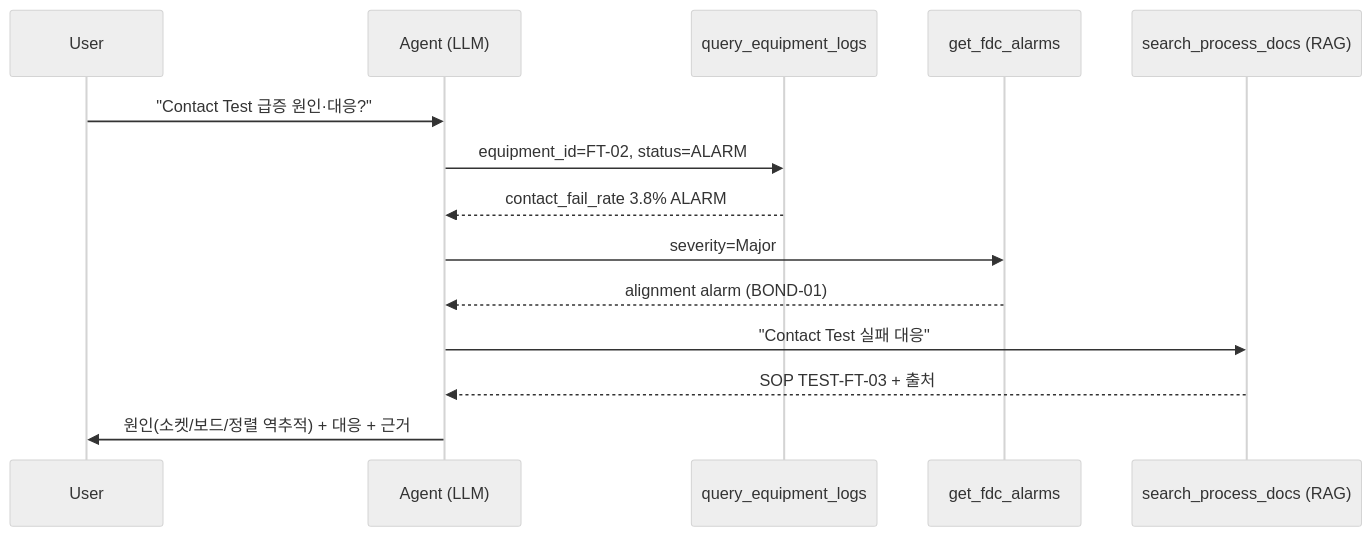
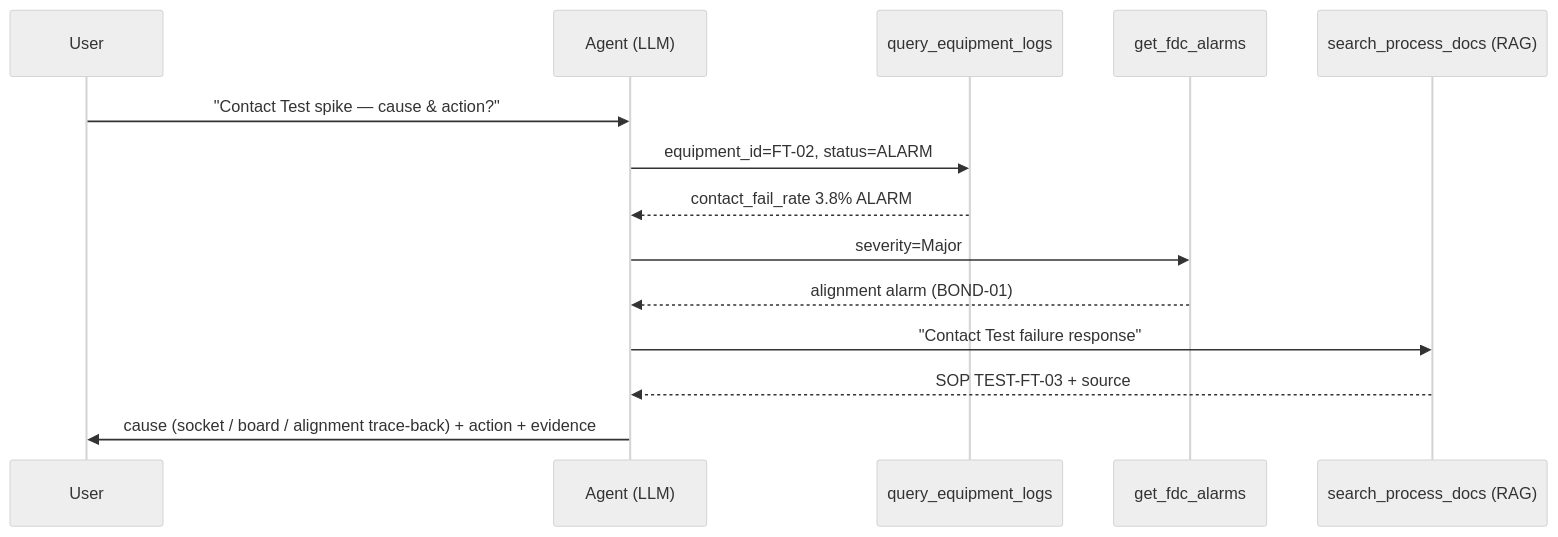
Before and after one commit to coldclosewin-design/manufacturing-ai-agent: the third of 3 diagrams in README.md, drawn with Mermaid (neutral theme). The commit also changed other lines of this file and 1 other file, not shown here.

````diff
--- a/README.md
+++ b/README.md
@@ -77,16 +73,16 @@
 ```mermaid
 sequenceDiagram
     participant U as User
     participant A as Agent (LLM)
     participant L as query_equipment_logs
     participant F as get_fdc_alarms
     participant R as search_process_docs (RAG)
-    U->>A: "Contact Test 급증 원인·대응?"
+    U->>A: "Contact Test spike — cause & action?"
     A->>L: equipment_id=FT-02, status=ALARM
     L-->>A: contact_fail_rate 3.8% ALARM
     A->>F: severity=Major
     F-->>A: alignment alarm (BOND-01)
-    A->>R: "Contact Test 실패 대응"
-    R-->>A: SOP TEST-FT-03 + 출처
-    A->>U: 원인(소켓/보드/정렬 역추적) + 대응 + 근거
+    A->>R: "Contact Test failure response"
+    R-->>A: SOP TEST-FT-03 + source
+    A->>U: cause (socket / board / alignment trace-back) + action + evidence
 ```
````
